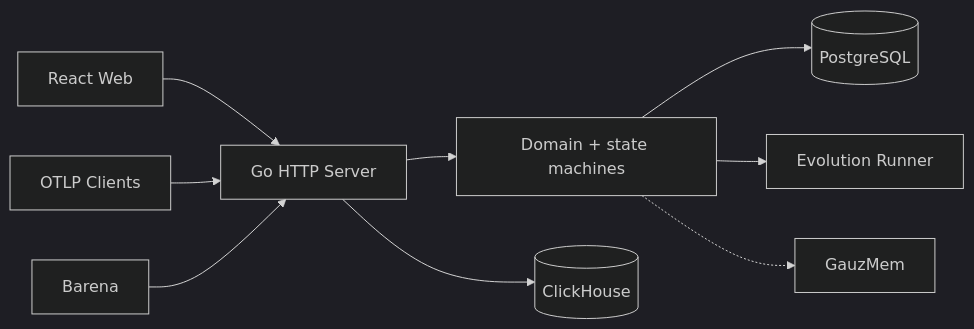
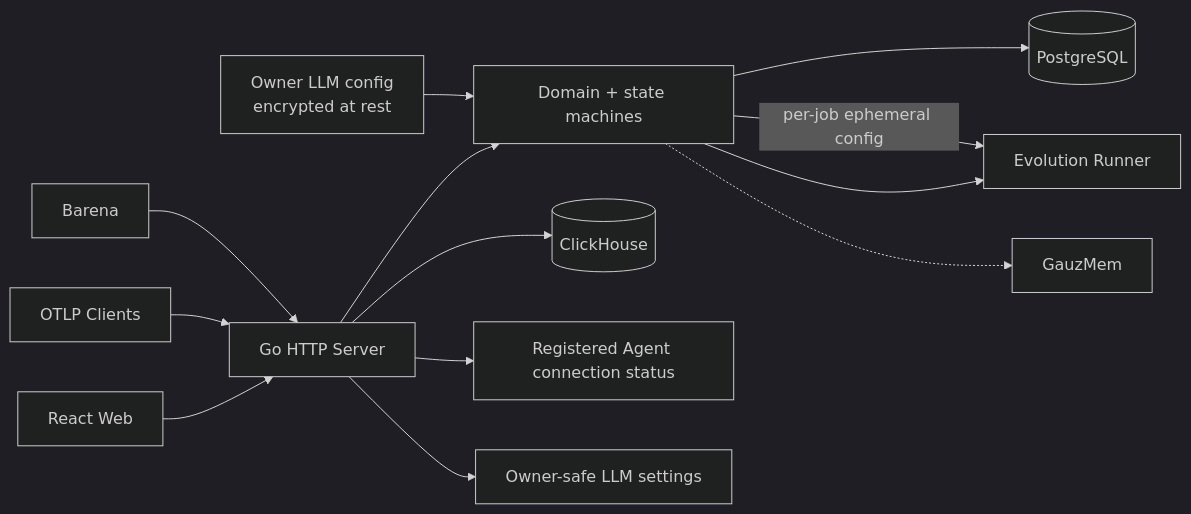
Before and after one commit to fightheyyy/CATENA: the first of 2 diagrams in control-plane/SPEC.md, drawn with Mermaid (dark theme). The commit also changed other lines of this file and 34 other files, not shown here.

````diff
--- a/control-plane/SPEC.md
+++ b/control-plane/SPEC.md
@@ -25,11 +25,15 @@
 ```mermaid
 flowchart LR
     Web["React Web"] --> HTTP["Go HTTP Server"]
     OTel["OTLP Clients"] --> HTTP
     Barena["Barena"] --> HTTP
     HTTP --> Domain["Domain + state machines"]
     Domain --> PG[("PostgreSQL")]
     HTTP --> CH[("ClickHouse")]
     Domain --> Worker["Evolution Runner"]
+    LLM["Owner LLM config<br/>encrypted at rest"] --> Domain
+    Domain -->|"per-job ephemeral config"| Worker
     Domain -.-> Memory["GauzMem"]
+    HTTP --> Status["Registered Agent connection status"]
+    HTTP --> ModelStatus["Owner-safe LLM settings"]
 ```
````
